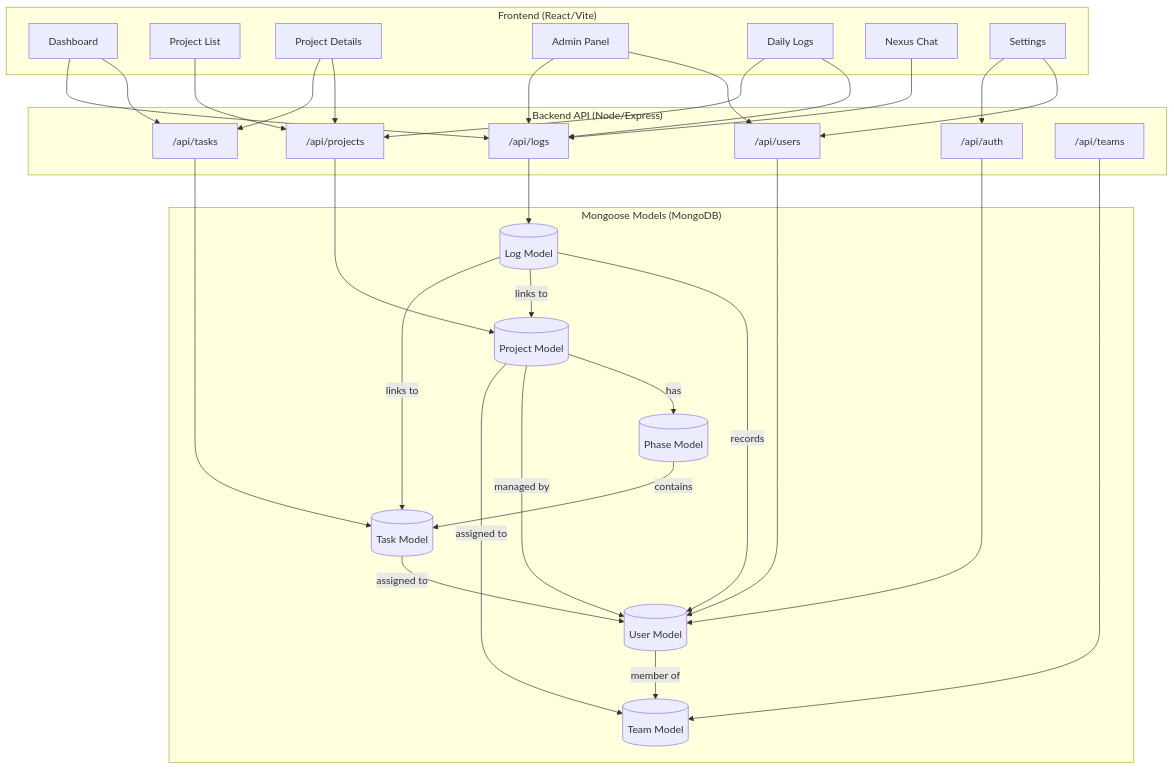
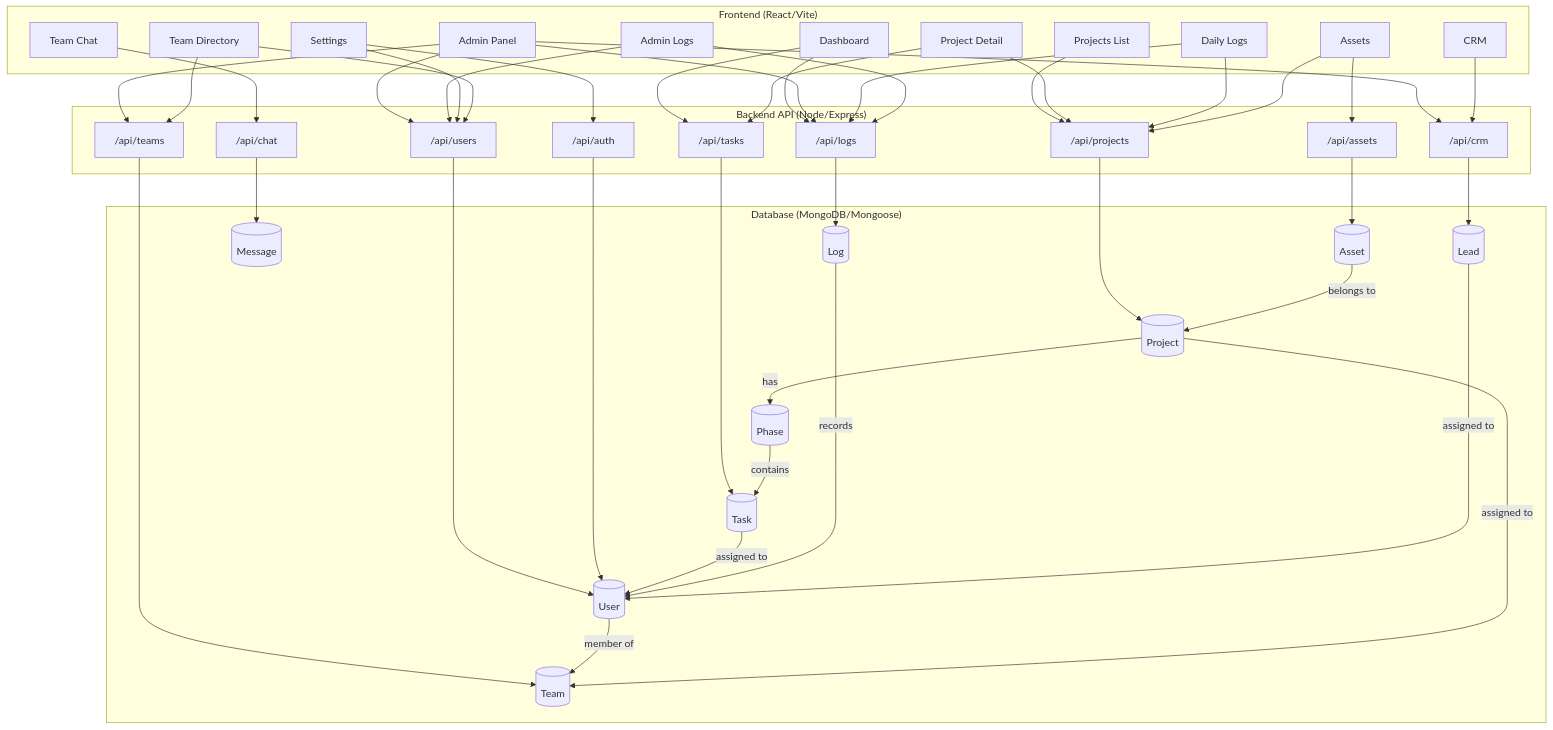
One commit to RaghavSobti37/Taskmaster changed the diagram in agentic_memory/architecture_map.md. Above: the diagram before and after it, drawn with Mermaid. The commit also changed other lines of this file and 37 other files, not shown here.

````diff
--- a/agentic_memory/architecture_map.md
+++ b/agentic_memory/architecture_map.md
@@ -7,66 +7,71 @@
 ```mermaid
 graph TD
-    %% Frontend Layer
     subgraph Frontend ["Frontend (React/Vite)"]
         D[Dashboard]
-        PL[Project List]
-        PD[Project Details]
+        PL[Projects List]
+        PD[Project Detail]
         AP[Admin Panel]
         DL[Daily Logs]
-        CH[Nexus Chat]
+        AL[Admin Logs]
+        CH[Team Chat]
         ST[Settings]
+        CRM_F[CRM]
+        ASSETS[Assets]
+        TV[Team Directory]
     end
 
-    %% API Layer
     subgraph API ["Backend API (Node/Express)"]
         T_API["/api/tasks"]
         P_API["/api/projects"]
         U_API["/api/users"]
         L_API["/api/logs"]
         A_API["/api/auth"]
         TM_API["/api/teams"]
+        C_API["/api/chat"]
+        CR_API["/api/crm"]
+        AS_API["/api/assets"]
     end
 
-    %% Model Layer
-    subgraph Models ["Mongoose Models (MongoDB)"]
-        M_Task[(Task Model)]
-        M_Project[(Project Model)]
-        M_User[(User Model)]
-        M_Log[(Log Model)]
-        M_Phase[(Phase Model)]
-        M_Team[(Team Model)]
+    subgraph Models ["Database (MongoDB/Mongoose)"]
+        M_Task[(Task)]
+        M_Project[(Project)]
+        M_User[(User)]
+        M_Log[(Log)]
+        M_Phase[(Phase)]
+        M_Team[(Team)]
+        M_Message[(Message)]
+        M_Lead[(Lead)]
+        M_Asset[(Asset)]
     end
 
-    %% Connections: Frontend to API
-    D --> T_API
-    D --> L_API
+    D --> T_API & L_API
     PL --> P_API
-    PD --> P_API
-    PD --> T_API
-    AP --> U_API
-    AP --> L_API
-    DL --> L_API
-    DL --> P_API
-    CH --> L_API
-    ST --> U_API
-    ST --> A_API
+    PD --> P_API & T_API
+    AP --> U_API & L_API & TM_API & CR_API
+    DL --> L_API & P_API
+    AL --> L_API & U_API
+    CH --> C_API
+    ST --> U_API & A_API
+    CRM_F --> CR_API
+    ASSETS --> AS_API & P_API
+    TV --> U_API & TM_API
 
-    %% Connections: API to Models
     T_API --> M_Task
     P_API --> M_Project
     U_API --> M_User
     L_API --> M_Log
     A_API --> M_User
     TM_API --> M_Team
+    C_API --> M_Message
+    CR_API --> M_Lead
+    AS_API --> M_Asset
 
-    %% Connections: Model Relationships
     M_Project -- "has" --> M_Phase
     M_Phase -- "contains" --> M_Task
-    M_Project -- "managed by" --> M_User
     M_Task -- "assigned to" --> M_User
-    M_Log -- "records" --> M_User
-    M_Log -- "links to" --> M_Project
-    M_Log -- "links to" --> M_Task
     M_User -- "member of" --> M_Team
     M_Project -- "assigned to" --> M_Team
+    M_Log -- "records" --> M_User
+    M_Asset -- "belongs to" --> M_Project
+    M_Lead -- "assigned to" --> M_User
 ```
````
